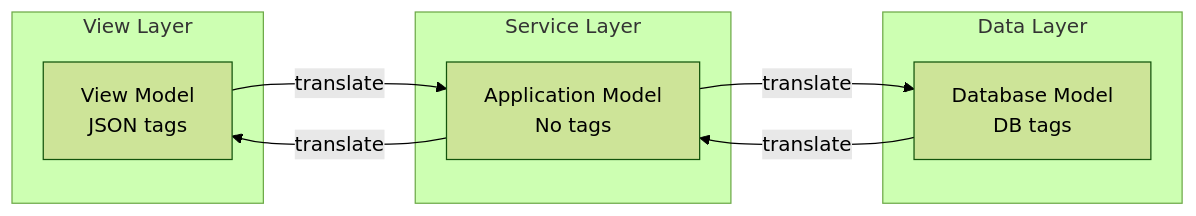
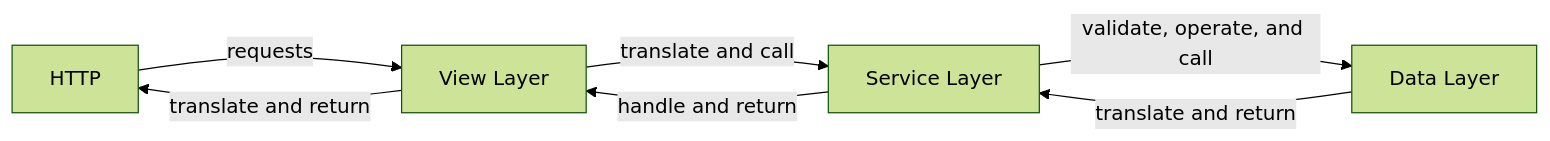
One commit to SpecterOps/BloodHound changed the second of 5 diagrams in rfc/bh-rfc-5.md. Above: the diagram before and after it, drawn with Mermaid (forest theme). The commit also changed other lines of this file, not shown here.

````diff
--- a/rfc/bh-rfc-5.md
+++ b/rfc/bh-rfc-5.md
@@ -89,19 +89,14 @@
 ```mermaid
 flowchart LR
-    subgraph View["View Layer"]
-        VM[View Model<br/>JSON tags]
-    end
-
-    subgraph Service["Service Layer"]
-        AM[Application Model<br/>No tags]
-    end
-
-    subgraph Data["Data Layer"]
-        DM[Database Model<br/>DB tags]
-    end
-
-    VM -->|"translate"| AM
-    AM -->|"translate"| DM
-    DM -->|"translate"| AM
-    AM -->|"translate"| VM
+    HTTP["HTTP"]
+    ViewLayer["View Layer"]
+    ServiceLayer["Service Layer"]
+    DataLayer["Data Layer"]
+    
+    HTTP -->|"requests"| ViewLayer
+    ViewLayer -->|"translate and call"| ServiceLayer
+    ServiceLayer -->|"validate, operate, and call"| DataLayer
+    DataLayer -->|"translate and return"| ServiceLayer
+    ServiceLayer -->|"handle and return"| ViewLayer
+    ViewLayer -->|"translate and return"| HTTP
 ```
````
